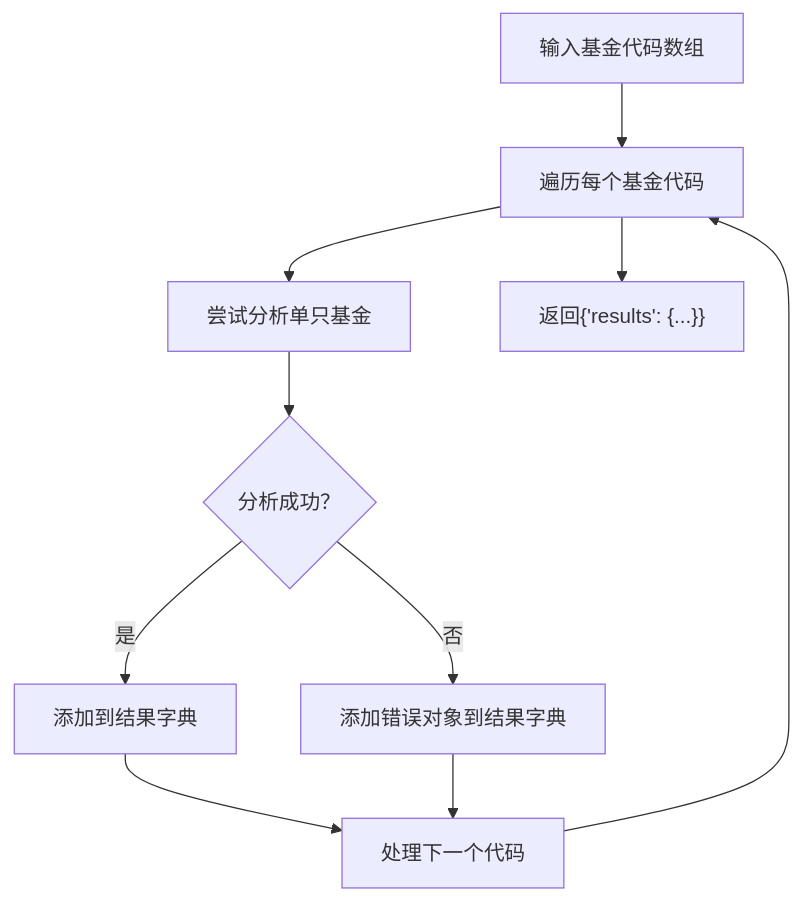
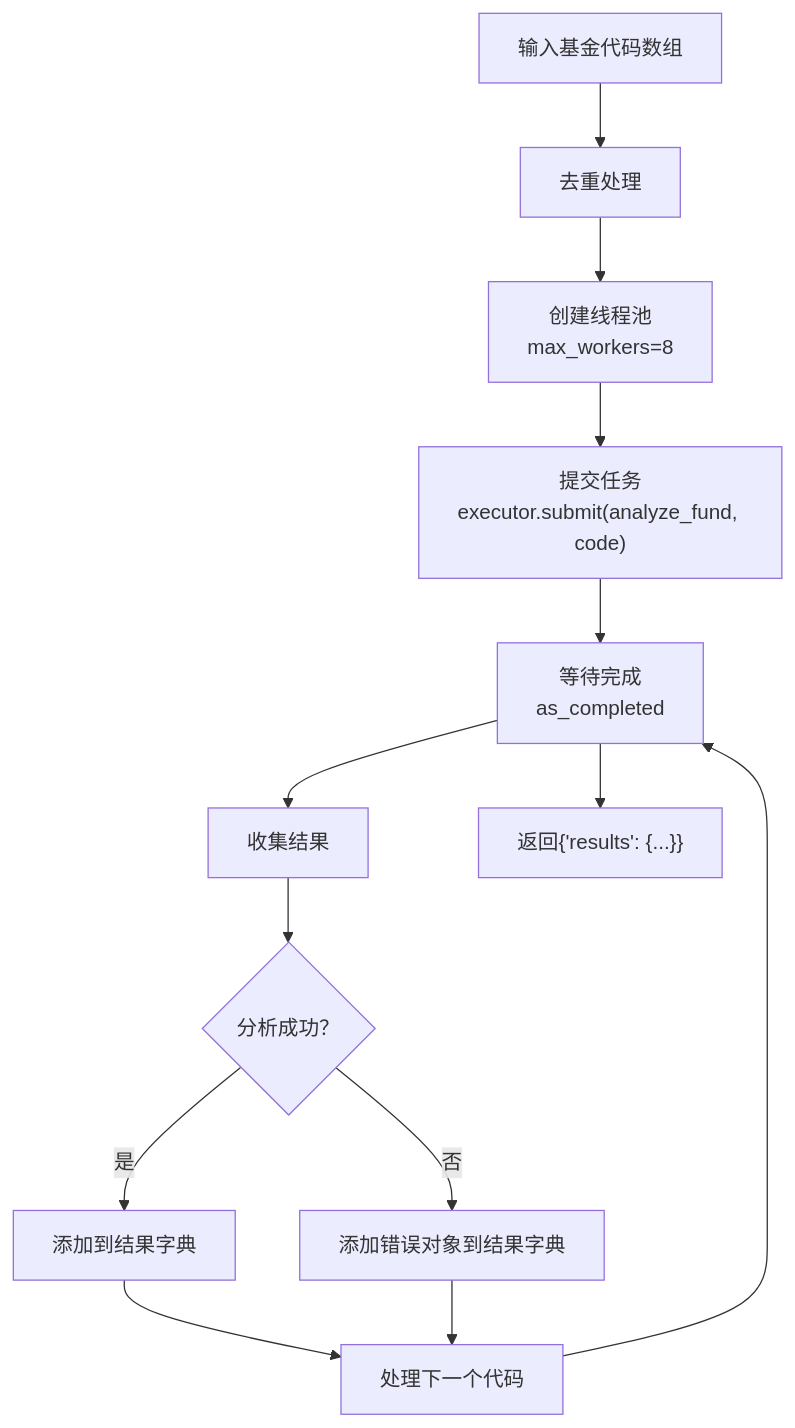
One commit to youkell85/FundTrader changed the fifth of 13 diagrams in .qoder/repowiki/zh/content/核心功能模块/AI分析服务.md. Above: the diagram before and after it, drawn with Mermaid. The commit also changed other lines of this file and 46 other files, not shown here.

````diff
--- a/.qoder/repowiki/zh/content/核心功能模块/AI分析服务.md
+++ b/.qoder/repowiki/zh/content/核心功能模块/AI分析服务.md
@@ -255,12 +261,15 @@
 ```mermaid
 flowchart TD
-Input["输入基金代码数组"] --> Loop["遍历每个基金代码"]
-Loop --> Try["尝试分析单只基金"]
-Try --> Success{"分析成功？"}
+Input["输入基金代码数组"] --> Dedup["去重处理"]
+Dedup --> Pool["创建线程池<br/>max_workers=8"]
+Pool --> Submit["提交任务<br/>executor.submit(analyze_fund, code)"]
+Submit --> Wait["等待完成<br/>as_completed"]
+Wait --> Collect["收集结果"]
+Collect --> Success{"分析成功？"}
 Success --> |是| AddOK["添加到结果字典"]
 Success --> |否| AddErr["添加错误对象到结果字典"]
 AddOK --> Next["处理下一个代码"]
 AddErr --> Next
-Next --> Loop
-Loop --> Done["返回{'results': {...}}"]
+Next --> Wait
+Wait --> Done["返回{'results': {...}}"]
 ```
````
